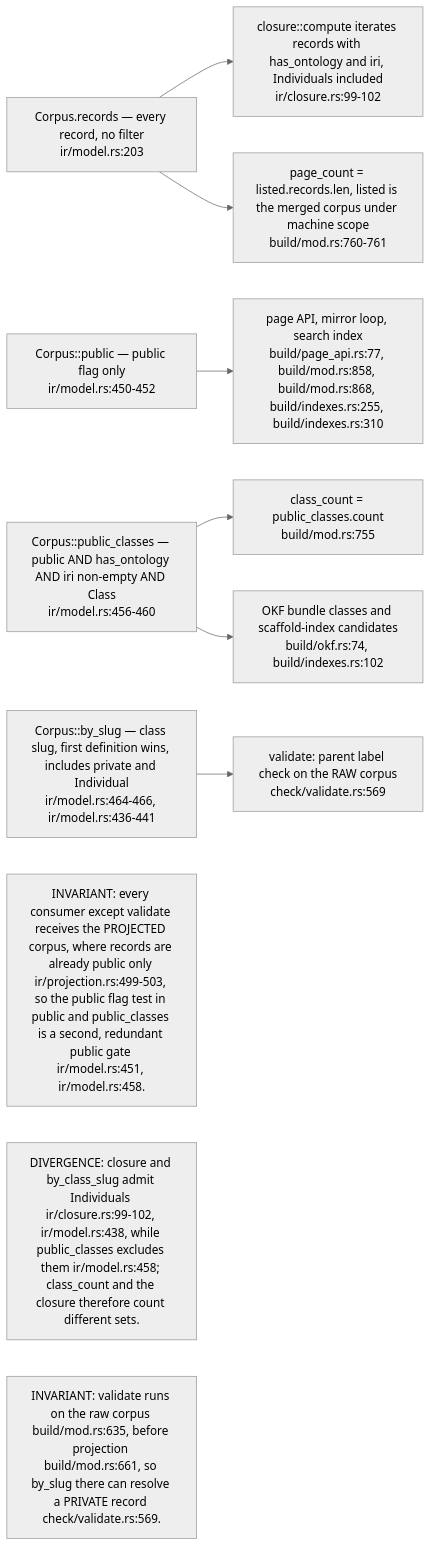
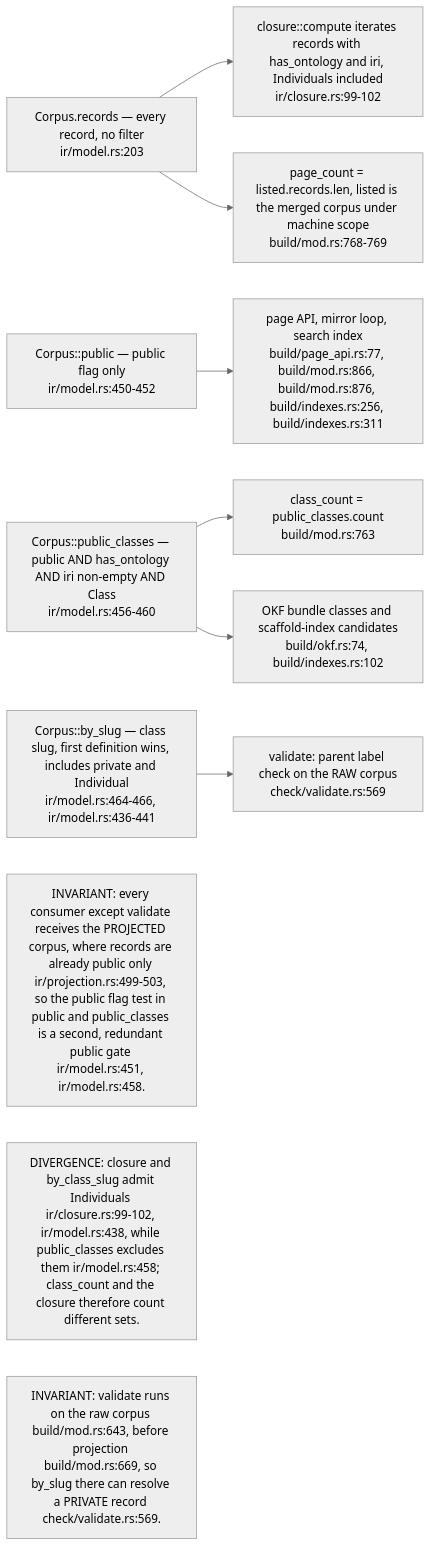
One commit to DreamLab-AI/VisionFlow changed the second of 6 diagrams in docs/diagrams/ontomark/02-ir-corpus-projection-and-redaction.md. Above: the diagram before and after it, drawn with Mermaid (neutral theme). The commit also changed other lines of this file and 91 other files, not shown here.

````diff
--- a/docs/diagrams/ontomark/02-ir-corpus-projection-and-redaction.md
+++ b/docs/diagrams/ontomark/02-ir-corpus-projection-and-redaction.md
@@ -84,22 +84,22 @@
 ```mermaid
 flowchart LR
     REC["Corpus.records — every record, no filter<br/>ir/model.rs:203"]
     PUB["Corpus::public — public flag only<br/>ir/model.rs:450-452"]
     PCL["Corpus::public_classes — public AND has_ontology AND iri non-empty AND Class<br/>ir/model.rs:456-460"]
     BYS["Corpus::by_slug — class slug, first definition wins, includes private and Individual<br/>ir/model.rs:464-466, ir/model.rs:436-441"]
     C1["closure::compute iterates records with has_ontology and iri, Individuals included<br/>ir/closure.rs:99-102"]
-    C2["page_count = listed.records.len, listed is the merged corpus under machine scope<br/>build/mod.rs:760-761"]
-    C3["class_count = public_classes.count<br/>build/mod.rs:755"]
+    C2["page_count = listed.records.len, listed is the merged corpus under machine scope<br/>build/mod.rs:768-769"]
+    C3["class_count = public_classes.count<br/>build/mod.rs:763"]
     C4["OKF bundle classes and scaffold-index candidates<br/>build/okf.rs:74, build/indexes.rs:102"]
-    C5["page API, mirror loop, search index<br/>build/page_api.rs:77, build/mod.rs:858, build/mod.rs:868, build/indexes.rs:255, build/indexes.rs:310"]
+    C5["page API, mirror loop, search index<br/>build/page_api.rs:77, build/mod.rs:866, build/mod.rs:876, build/indexes.rs:256, build/indexes.rs:311"]
     C6["validate: parent label check on the RAW corpus<br/>check/validate.rs:569"]
     REC --> C1
     REC --> C2
     PCL --> C3
     PCL --> C4
     PUB --> C5
     BYS --> C6
     n1["INVARIANT: every consumer except validate receives the PROJECTED corpus, where records are already public only ir/projection.rs:499-503, so the public flag test in public and public_classes is a second, redundant public gate ir/model.rs:451, ir/model.rs:458."]
     n2["DIVERGENCE: closure and by_class_slug admit Individuals ir/closure.rs:99-102, ir/model.rs:438, while public_classes excludes them ir/model.rs:458; class_count and the closure therefore count different sets."]
-    n3["INVARIANT: validate runs on the raw corpus build/mod.rs:635, before projection build/mod.rs:661, so by_slug there can resolve a PRIVATE record check/validate.rs:569."]
+    n3["INVARIANT: validate runs on the raw corpus build/mod.rs:643, before projection build/mod.rs:669, so by_slug there can resolve a PRIVATE record check/validate.rs:569."]
 ```
````
